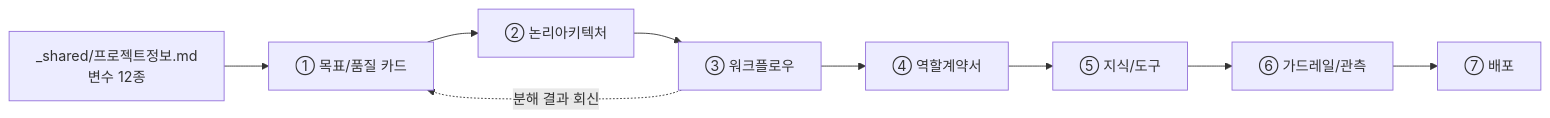
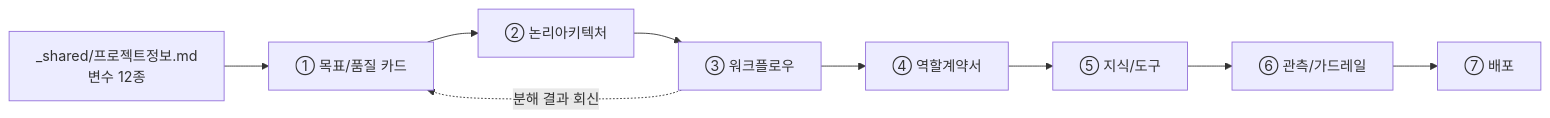
The diagram in design-architecture/prompts/README.md (unicorn-campus/unicorn-skills), drawn with Mermaid before and after one commit. The commit also changed other lines of this file and 23 other files, not shown here.

````diff
--- a/design-architecture/prompts/README.md
+++ b/design-architecture/prompts/README.md
@@ -68,11 +68,11 @@
 ```mermaid
 flowchart LR
   P["_shared/프로젝트정보.md<br/>변수 12종"] --> C1
   C1["① 목표/품질 카드"] --> C2["② 논리아키텍처"]
   C2 --> C3["③ 워크플로우"]
   C3 --> C4["④ 역할계약서"]
   C4 --> C5["⑤ 지식/도구"]
-  C5 --> C6["⑥ 가드레일/관측"]
+  C5 --> C6["⑥ 관측/가드레일"]
   C6 --> C7["⑦ 배포"]
   C3 -.->|"분해 결과 회신"| C1
 ```
````
